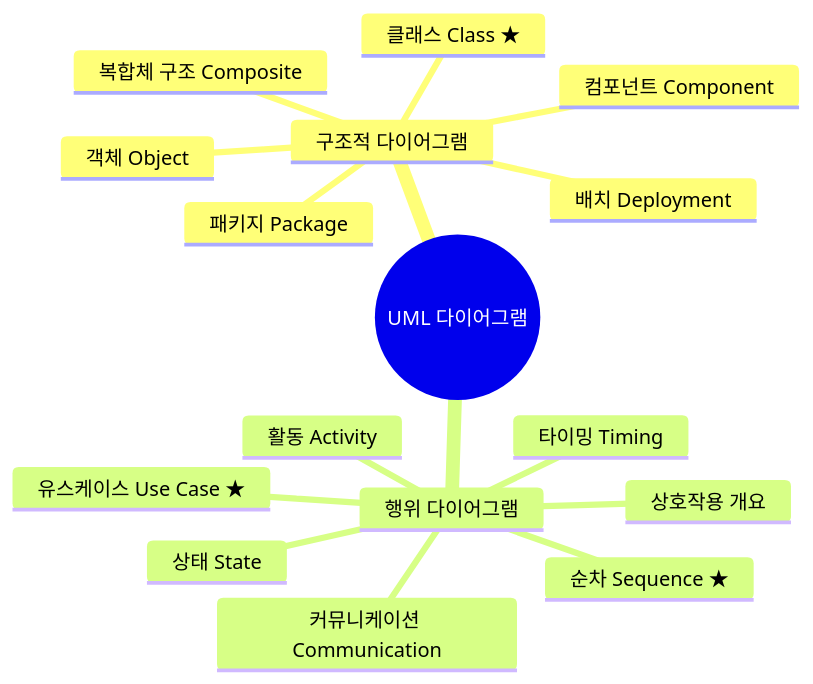
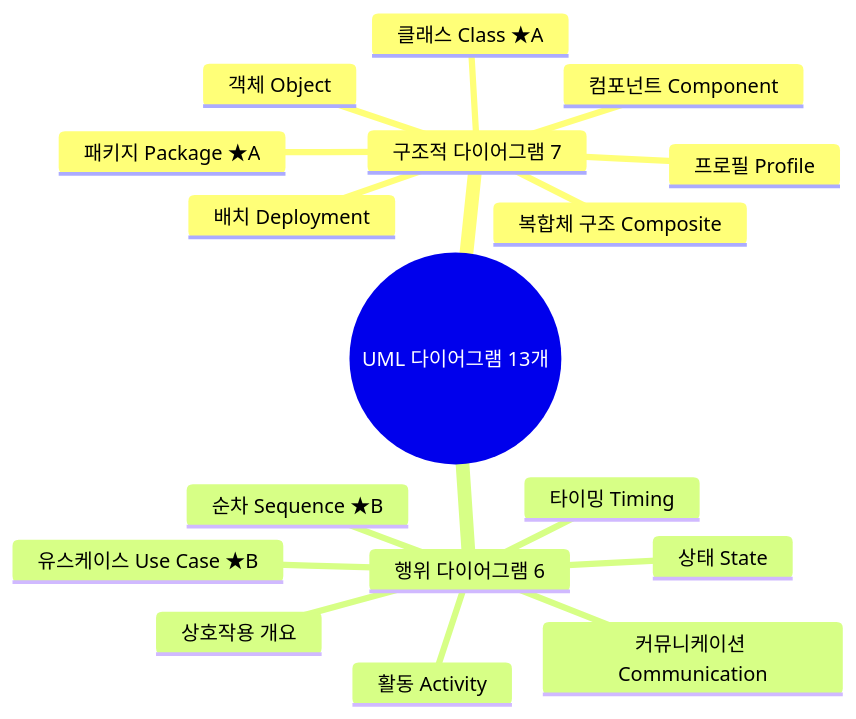
Before and after one commit to Aikaku/EIP_PT: the eighth of 18 diagrams in 이론/다이어그램_1장.md, drawn with Mermaid. The commit also changed other lines of this file and 6 other files, not shown here.

Commit message:
Docs : 다이어그램 내용 수정

````diff
--- a/이론/다이어그램_1장.md
+++ b/이론/다이어그램_1장.md
@@ -166,19 +200,20 @@
 ```mermaid
 mindmap
-  root((UML 다이어그램))
-    구조적 다이어그램
-      클래스 Class ★
+  root((UML 다이어그램 13개))
+    구조적 다이어그램 7
+      클래스 Class ★A
       객체 Object
       컴포넌트 Component
       배치 Deployment
       복합체 구조 Composite
-      패키지 Package
-    행위 다이어그램
-      유스케이스 Use Case ★
-      순차 Sequence ★
+      패키지 Package ★A
+      프로필 Profile
+    행위 다이어그램 6
+      유스케이스 Use Case ★B
+      순차 Sequence ★B
       커뮤니케이션 Communication
       상태 State
       활동 Activity
       상호작용 개요
       타이밍 Timing
 ```
````
